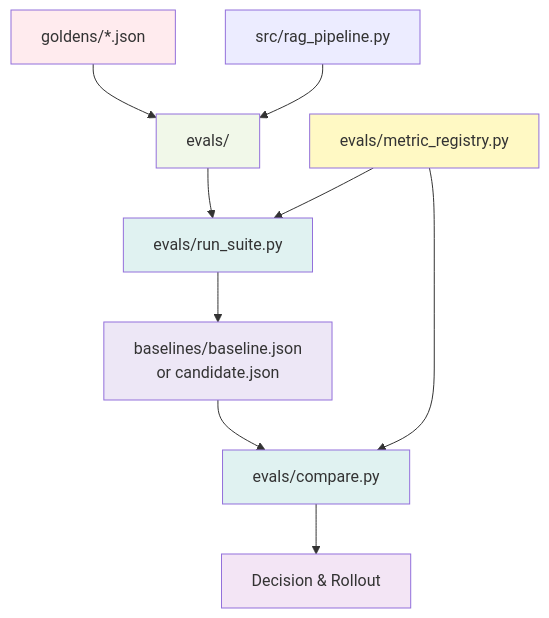
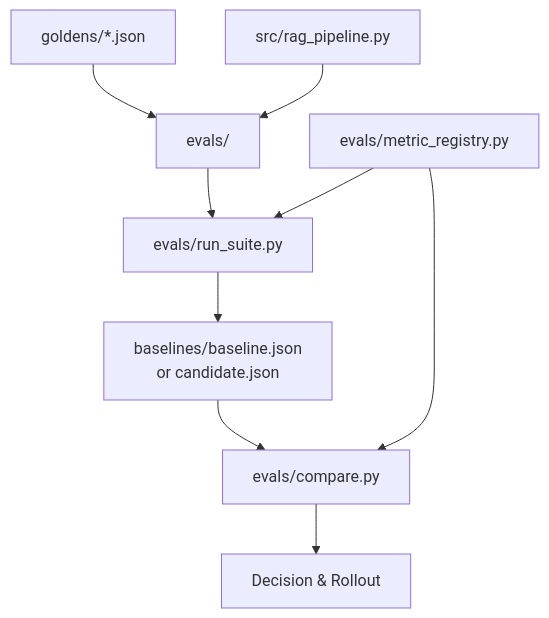
The second of 5 diagrams in README.md (srummanf/RAG-Eval-Suite-Using-DeepEval), drawn with Mermaid before and after one commit. The commit also changed other lines of this file, not shown here.

````diff
--- a/README.md
+++ b/README.md
@@ -159,19 +151,11 @@
 ```mermaid
 flowchart TD
     Gold["goldens/*.json"] --> E["evals/"]
     P["src/rag_pipeline.py"] --> E
     E --> Suite["evals/run_suite.py"]
     Suite --> Snap["baselines/baseline.json<br/>or candidate.json"]
     Snap --> Compare["evals/compare.py"]
     Registry["evals/metric_registry.py"] --> Suite
     Registry --> Compare
     Compare --> Decide["Decision & Rollout"]
-  
-    style Gold fill:#ffebee
-    style E fill:#f1f8e9
-    style Suite fill:#e0f2f1
-    style Snap fill:#ede7f6
-    style Compare fill:#e0f2f1
-    style Registry fill:#fff9c4
-    style Decide fill:#f3e5f5
 ```
````
